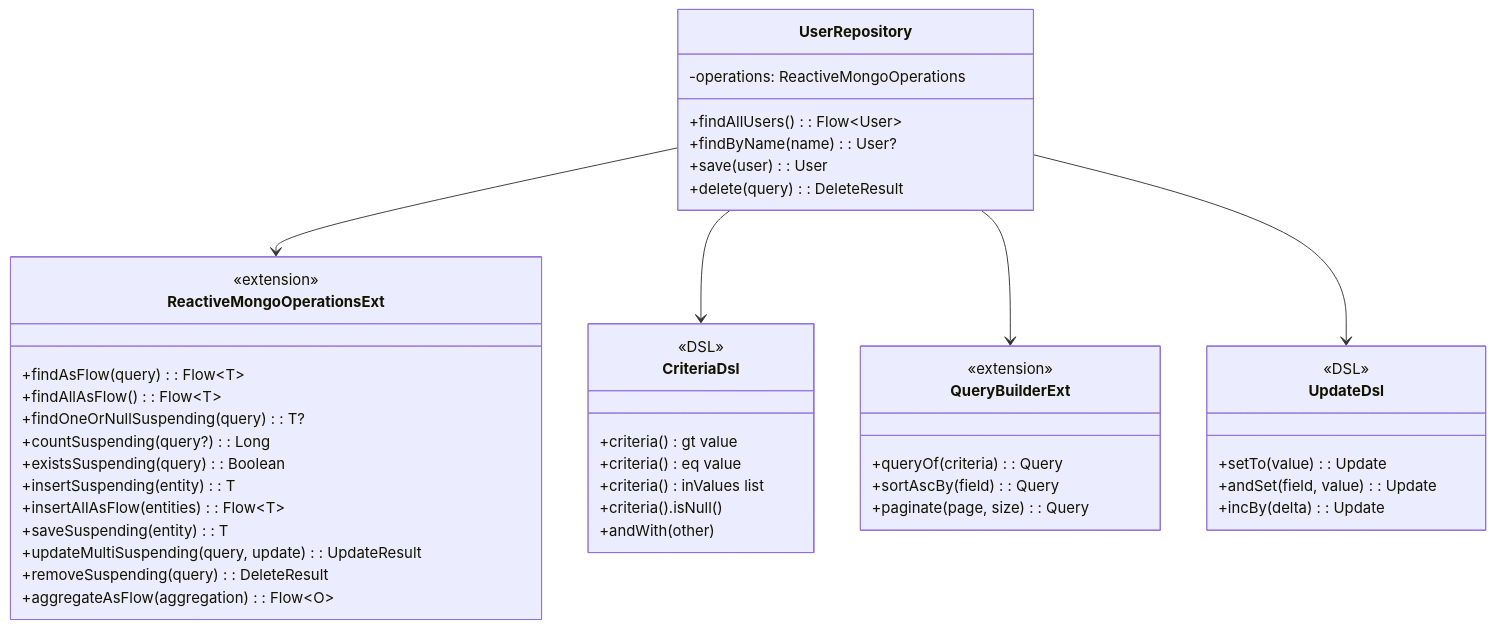
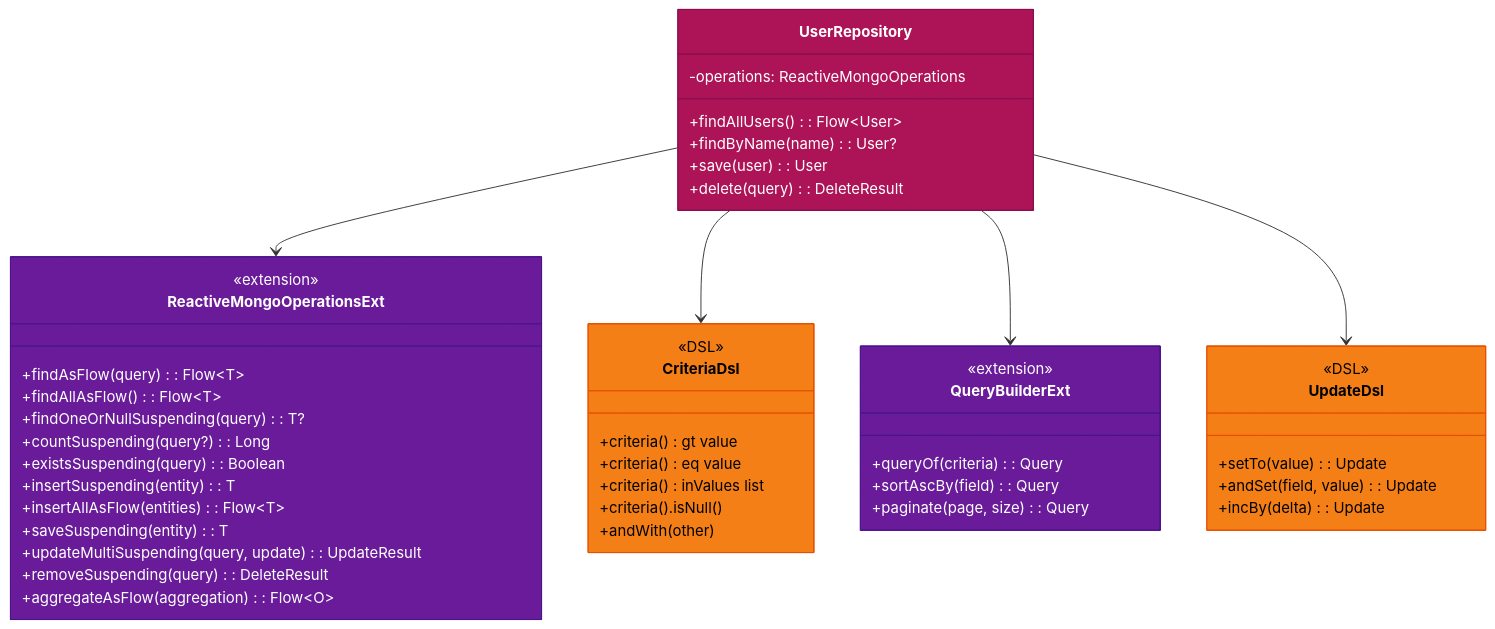
The first of 4 diagrams in spring-boot4/mongodb/README.md (bluetape4k/bluetape4k-projects), drawn with Mermaid before and after one commit. The commit also changed other lines of this file and 221 other files, not shown here.

First line of the commit message:
docs: 전체 모듈 README UML 다이어그램 보강 및 색상 업그레이드

````diff
--- a/spring-boot4/mongodb/README.md
+++ b/spring-boot4/mongodb/README.md
@@ -111,49 +111,55 @@
 ```mermaid
 classDiagram
     class ReactiveMongoOperationsExt {
         <<extension>>
         +findAsFlow(query): Flow~T~
         +findAllAsFlow(): Flow~T~
         +findOneOrNullSuspending(query): T?
         +countSuspending(query?): Long
         +existsSuspending(query): Boolean
         +insertSuspending(entity): T
         +insertAllAsFlow(entities): Flow~T~
         +saveSuspending(entity): T
         +updateMultiSuspending(query, update): UpdateResult
         +removeSuspending(query): DeleteResult
         +aggregateAsFlow(aggregation): Flow~O~
     }
     class CriteriaDsl {
         <<DSL>>
         +criteria() gt value
         +criteria() eq value
         +criteria() inValues list
         +criteria().isNull()
         +andWith(other)
     }
     class QueryBuilderExt {
         <<extension>>
         +queryOf(criteria): Query
         +sortAscBy(field): Query
         +paginate(page, size): Query
     }
     class UpdateDsl {
         <<DSL>>
         +setTo(value): Update
         +andSet(field, value): Update
         +incBy(delta): Update
     }
     class UserRepository {
         -operations: ReactiveMongoOperations
         +findAllUsers(): Flow~User~
         +findByName(name): User?
         +save(user): User
         +delete(query): DeleteResult
     }
 
     UserRepository --> ReactiveMongoOperationsExt
     UserRepository --> CriteriaDsl
     UserRepository --> QueryBuilderExt
     UserRepository --> UpdateDsl
+
+    style ReactiveMongoOperationsExt fill:#6A1B9A,stroke:#4A148C,color:#FFFFFF
+    style QueryBuilderExt fill:#6A1B9A,stroke:#4A148C,color:#FFFFFF
+    style CriteriaDsl fill:#F57F17,stroke:#E65100,color:#000000
+    style UpdateDsl fill:#F57F17,stroke:#E65100,color:#000000
+    style UserRepository fill:#AD1457,stroke:#880E4F,color:#FFFFFF
 ```
````
